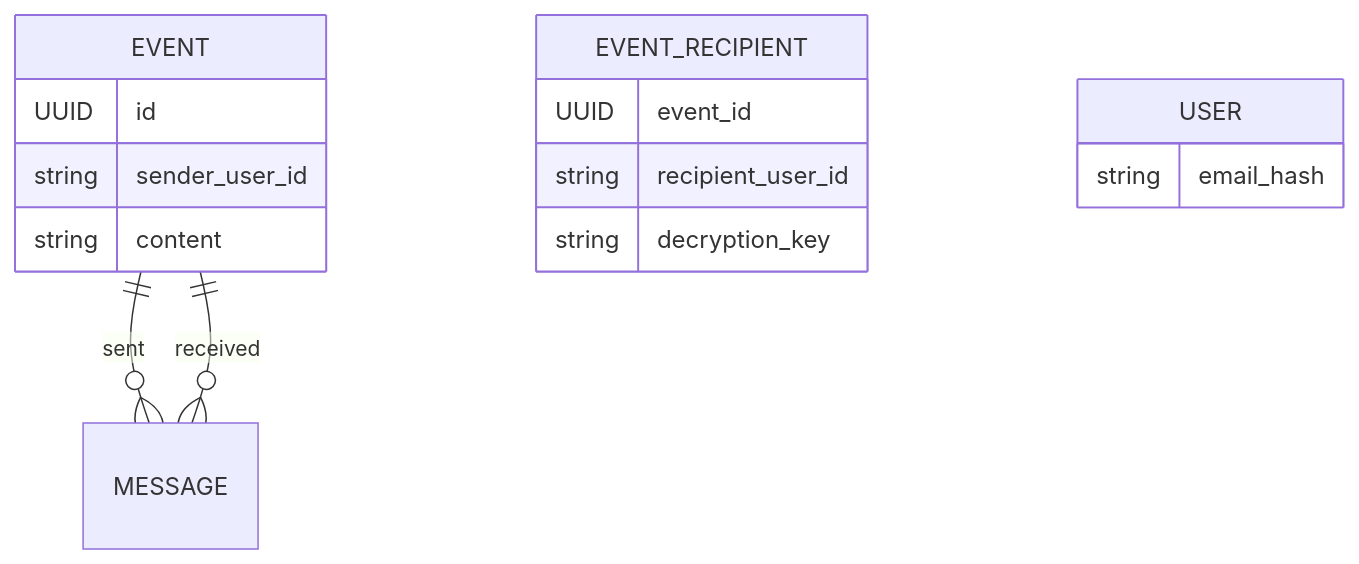
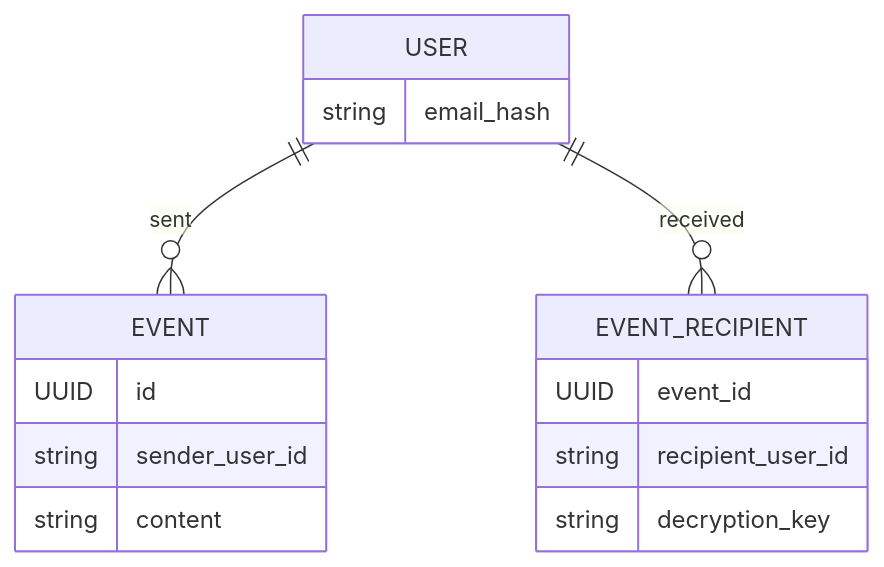
Before and after one commit to extreme-business/lingo: the first of 3 diagrams in README.md, drawn with Mermaid.

Commit message:
small fix

````diff
--- a/README.md
+++ b/README.md
@@ -18,18 +18,18 @@
 ```mermaid
 erDiagram
     EVENT {
         UUID id
         string sender_user_id
         string content
     }
     EVENT_RECIPIENT {
         UUID event_id
         string recipient_user_id
         string decryption_key
     }
     USER {
         string email_hash
     }
-    EVENT ||--o{ MESSAGE : sent
-    EVENT ||--o{ MESSAGE : received
+    USER ||--o{ EVENT : sent
+    USER ||--o{ EVENT_RECIPIENT : received
 ```
````
